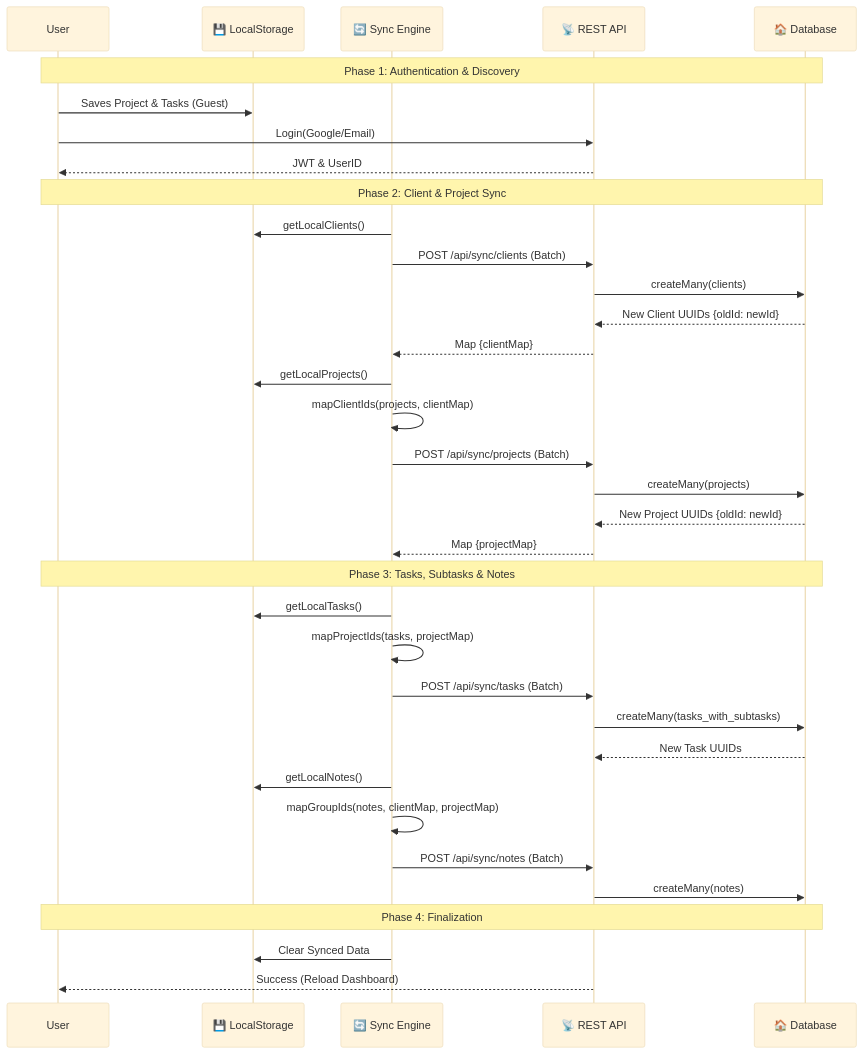
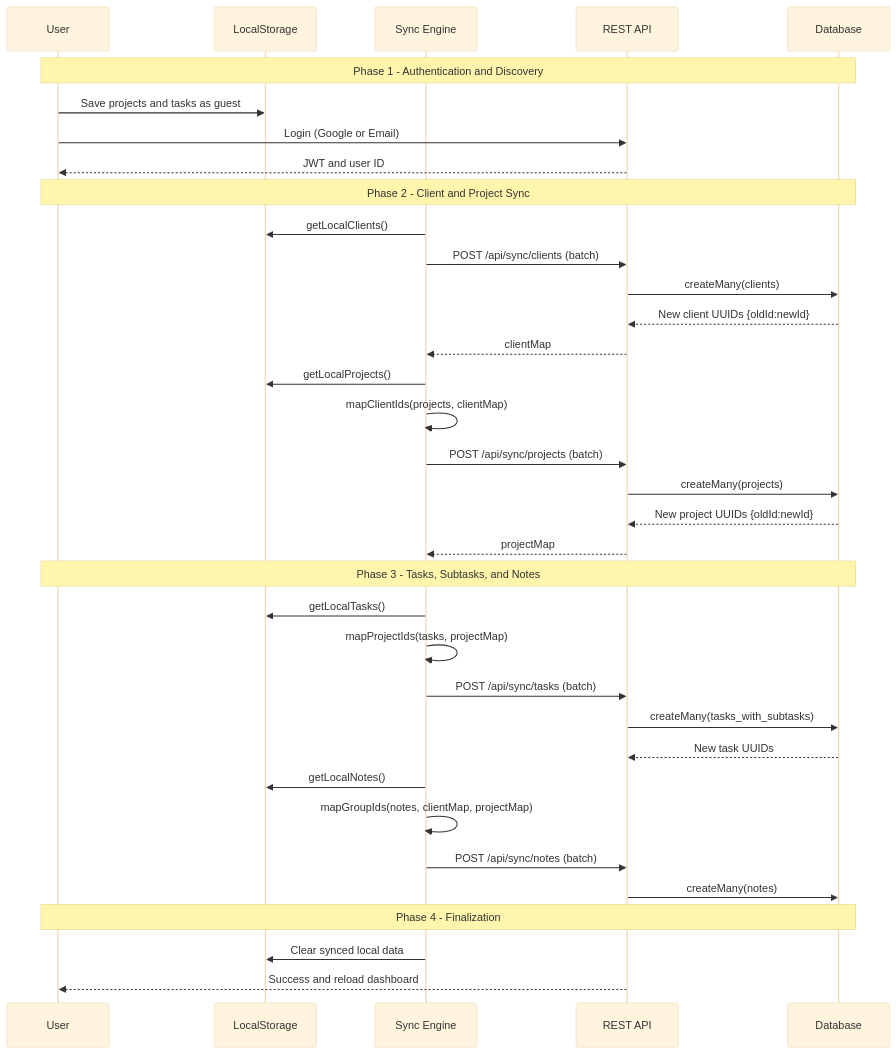
The diagram in diagrams/02-data-sync.mmd (codeshan-1/FlowShan-CaseStudy), drawn with Mermaid (base theme) before and after one commit. The commit also changed other lines of this file and 29 other files, not shown here.

Commit message:
docs: Restructure and expand case study documentation, introducing a navigation map and new sections for product scope, requirements, roadmap, and lessons learned.

````diff
--- a/diagrams/02-data-sync.mmd
+++ b/diagrams/02-data-sync.mmd
@@ -3,43 +1,41 @@
-```mermaid
 sequenceDiagram
     participant User
-    participant LS as 💾 LocalStorage
-    participant SE as 🔄 Sync Engine
-    participant API as 📡 REST API
-    participant DB as 🏠 Database
+    participant LS as LocalStorage
+    participant SE as Sync Engine
+    participant API as REST API
+    participant DB as Database
 
-    Note over User, DB: Phase 1: Authentication & Discovery
-    User->>LS: Saves Project & Tasks (Guest)
-    User->>API: Login(Google/Email)
-    API-->>User: JWT & UserID
+    Note over User,DB: Phase 1 - Authentication and Discovery
+    User->>LS: Save projects and tasks as guest
+    User->>API: Login (Google or Email)
+    API-->>User: JWT and user ID
 
-    Note over User, DB: Phase 2: Client & Project Sync
+    Note over User,DB: Phase 2 - Client and Project Sync
     SE->>LS: getLocalClients()
-    SE->>API: POST /api/sync/clients (Batch)
+    SE->>API: POST /api/sync/clients (batch)
     API->>DB: createMany(clients)
-    DB-->>API: New Client UUIDs {oldId: newId}
-    API-->>SE: Map {clientMap}
+    DB-->>API: New client UUIDs {oldId:newId}
+    API-->>SE: clientMap
 
     SE->>LS: getLocalProjects()
     SE->>SE: mapClientIds(projects, clientMap)
-    SE->>API: POST /api/sync/projects (Batch)
+    SE->>API: POST /api/sync/projects (batch)
     API->>DB: createMany(projects)
-    DB-->>API: New Project UUIDs {oldId: newId}
-    API-->>SE: Map {projectMap}
+    DB-->>API: New project UUIDs {oldId:newId}
+    API-->>SE: projectMap
 
-    Note over User, DB: Phase 3: Tasks, Subtasks & Notes
+    Note over User,DB: Phase 3 - Tasks, Subtasks, and Notes
     SE->>LS: getLocalTasks()
     SE->>SE: mapProjectIds(tasks, projectMap)
-    SE->>API: POST /api/sync/tasks (Batch)
+    SE->>API: POST /api/sync/tasks (batch)
     API->>DB: createMany(tasks_with_subtasks)
-    DB-->>API: New Task UUIDs
-    
+    DB-->>API: New task UUIDs
+
     SE->>LS: getLocalNotes()
     SE->>SE: mapGroupIds(notes, clientMap, projectMap)
-    SE->>API: POST /api/sync/notes (Batch)
+    SE->>API: POST /api/sync/notes (batch)
     API->>DB: createMany(notes)
-    
-    Note over User, DB: Phase 4: Finalization
-    SE->>LS: Clear Synced Data
-    API-->>User: Success (Reload Dashboard)
-```
+
+    Note over User,DB: Phase 4 - Finalization
+    SE->>LS: Clear synced local data
+    API-->>User: Success and reload dashboard
````
